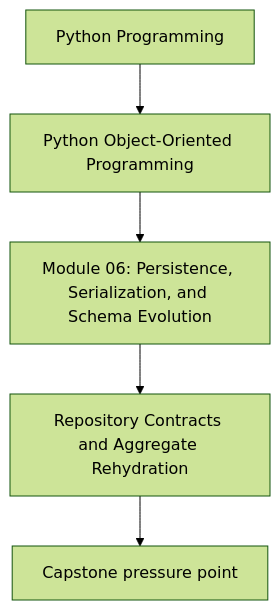
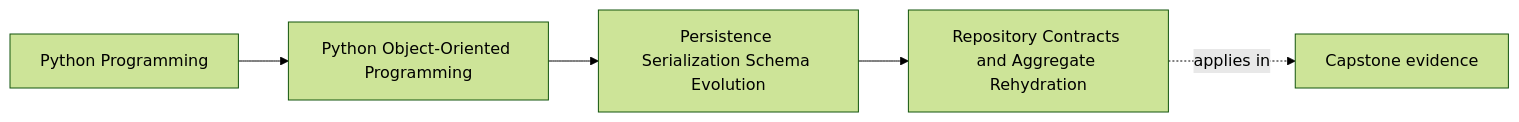
One commit to bijux/bijux-masterclass changed the first of 2 diagrams in programs/python-programming/python-object-oriented-programming/course-book/module-06-persistence-serialization-schema-evolution/repository-contracts-and-aggregate-rehydration.md. Above: the diagram before and after it, drawn with Mermaid (forest theme). The commit also changed other lines of this file and 103 other files, not shown here.

Commit message:
docs(python-object-oriented-programming): map sustainment and capstone surfaces

````diff
--- a/programs/python-programming/python-object-oriented-programming/course-book/module-06-persistence-serialization-schema-evolution/repository-contracts-and-aggregate-rehydration.md
+++ b/programs/python-programming/python-object-oriented-programming/course-book/module-06-persistence-serialization-schema-evolution/repository-contracts-and-aggregate-rehydration.md
@@ -7,7 +7,11 @@
 ```mermaid
-flowchart TD
-  family["Python Programming"] --> program["Python Object-Oriented Programming"]
-  program --> module["Module 06: Persistence, Serialization, and Schema Evolution"]
-  module --> concept["Repository Contracts and Aggregate Rehydration"]
-  concept --> capstone["Capstone pressure point"]
+graph LR
+  family["Python Programming"]
+  program["Python Object-Oriented Programming"]
+  section["Persistence Serialization Schema Evolution"]
+  page["Repository Contracts and Aggregate Rehydration"]
+  capstone["Capstone evidence"]
+
+  family --> program --> section --> page
+  page -.applies in.-> capstone
 ```
````
